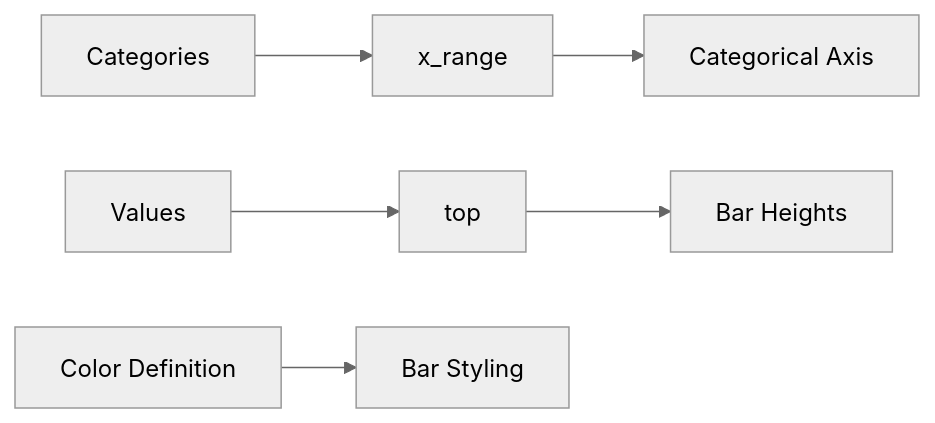
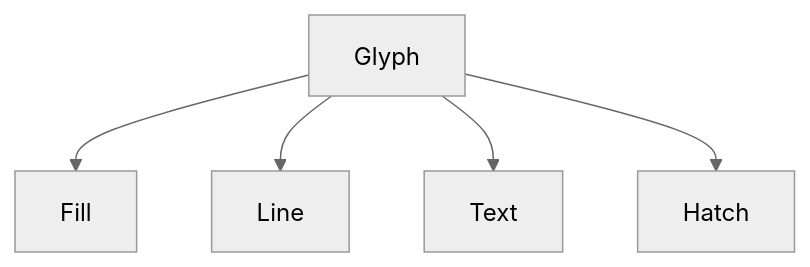
The diagram in Trimester 1/Data Visualization & Storytelling/W10 - Module 4c. Python Bokeh package/L29/Decorating the Visuals/Mental Model.md (Balasubramanian-pg/MSC.-Data-Science-AI), drawn with Mermaid (neutral theme) before and after one commit. The commit also changed other lines of this file, not shown here.

````diff
--- a/Trimester 1/Data Visualization & Storytelling/W10 - Module 4c. Python Bokeh package/L29/Decorating the Visuals/Mental Model.md
+++ b/Trimester 1/Data Visualization & Storytelling/W10 - Module 4c. Python Bokeh package/L29/Decorating the Visuals/Mental Model.md
@@ -5,8 +5,7 @@
 ```mermaid
-flowchart LR
-    A[Categories] --> B[x_range]
-    B --> C[Categorical Axis]
-    D[Values] --> E[top]
-    E --> F[Bar Heights]
-    G[Color Definition] --> H[Bar Styling]
+flowchart TD
+    A[Glyph] --> B[Fill]
+    A --> C[Line]
+    A --> D[Text]
+    A --> E[Hatch]
 ```
````
